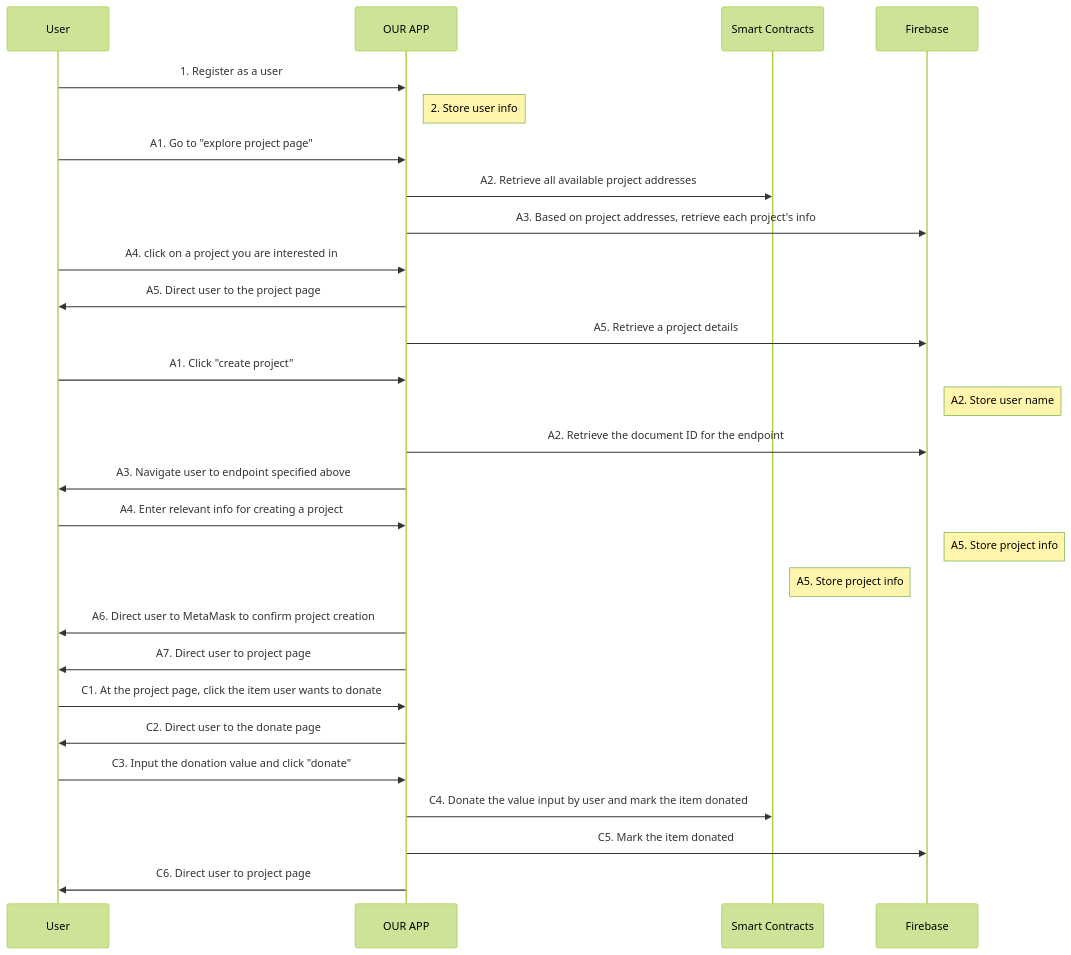
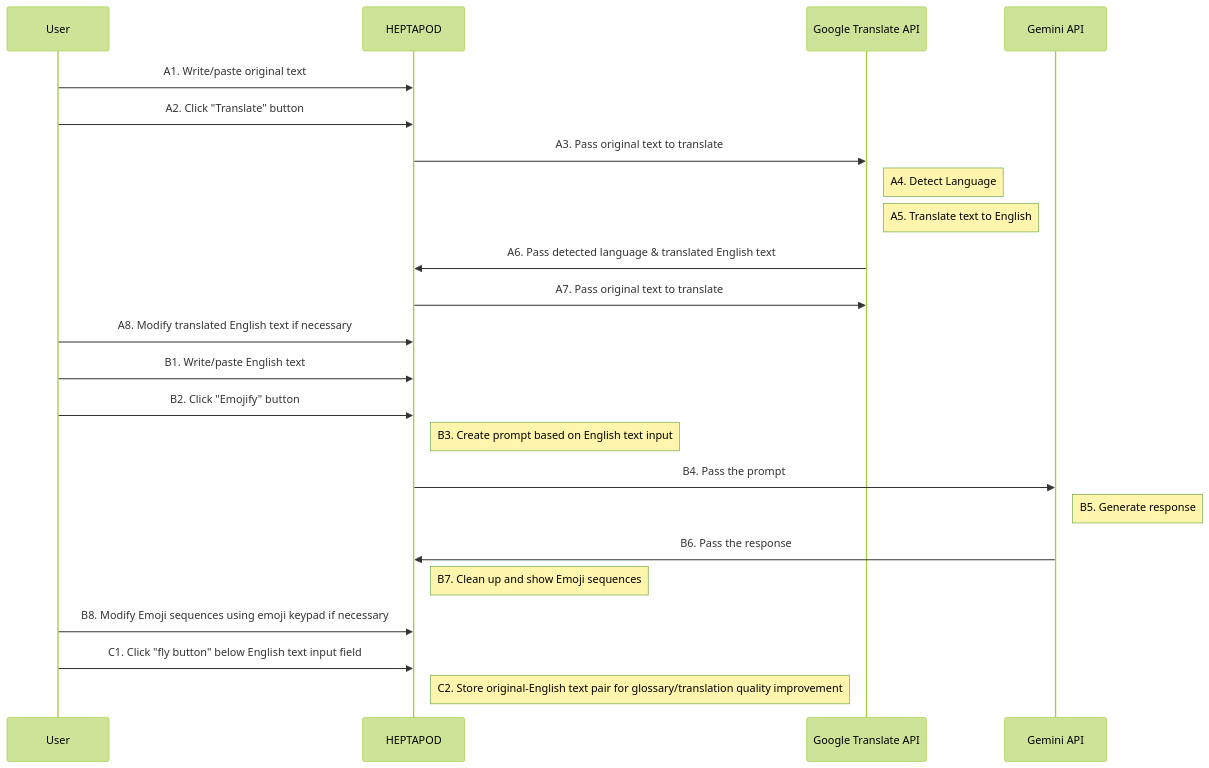
The first of 2 diagrams in README.md (e-yang08/Heptapod), drawn with Mermaid (forest theme) before and after one commit. The commit also changed other lines of this file, not shown here.

````diff
--- a/README.md
+++ b/README.md
@@ -156,47 +108,40 @@
 ```mermaid
 sequenceDiagram
-User->>OUR APP: 1. Register as a user
+User->>HEPTAPOD: A1. Write/paste original text
 
-Note right of OUR APP: 2. Store user info
+User ->>HEPTAPOD: A2. Click "Translate" button
 
-User ->>OUR APP: A1. Go to "explore project page"
+HEPTAPOD ->> Google Translate API: A3. Pass original text to translate
 
-OUR APP ->> Smart Contracts: A2. Retrieve all available project addresses
+Note right of Google Translate API: A4. Detect Language
+Note right of Google Translate API: A5. Translate text to English
 
-OUR APP ->> Firebase: A3. Based on project addresses, retrieve each project's info 
+Google Translate API ->> HEPTAPOD: A6. Pass detected language & translated English text
 
-User ->>OUR APP: A4. click on a project you are interested in
+HEPTAPOD ->> Google Translate API: A7. Pass original text to translate
 
-OUR APP ->> User: A5. Direct user to the project page
+User->>HEPTAPOD: A8. Modify translated English text if necessary
 
-OUR APP ->> Firebase: A5. Retrieve a project details
+User->>HEPTAPOD: B1. Write/paste English text 
 
-User ->>OUR APP: A1. Click "create project"
+User ->>HEPTAPOD: B2. Click "Emojify" button
 
-Note right of Firebase: A2. Store user name
 
-OUR APP ->> Firebase: A2. Retrieve the document ID for the endpoint
+Note right of HEPTAPOD: B3. Create prompt based on English text input
 
-OUR APP ->> User: A3. Navigate user to endpoint specified above
+HEPTAPOD ->> Gemini API: B4. Pass the prompt  
 
-User ->>OUR APP: A4. Enter relevant info for creating a project
+Note right of Gemini API: B5. Generate response
 
-Note right of Firebase: A5. Store project info
-Note right of Smart Contracts: A5. Store project info
+Gemini API ->> HEPTAPOD: B6. Pass the response 
 
-OUR APP ->> User: A6. Direct user to MetaMask to confirm project creation
+Note right of HEPTAPOD: B7. Clean up and show Emoji sequences
 
-OUR APP ->> User: A7. Direct user to project page
+User->>HEPTAPOD: B8. Modify Emoji sequences using emoji keypad if necessary
 
-User ->> OUR APP: C1. At the project page, click the item user wants to donate
 
-OUR APP ->> User: C2. Direct user to the donate page
+User->>HEPTAPOD: C1. Click "fly button" below English text input field
 
-User ->> OUR APP: C3. Input the donation value and click "donate"
+Note right of HEPTAPOD: C2. Store original-English text pair for glossary/translation quality improvement
 
-OUR APP ->> Smart Contracts: C4. Donate the value input by user and mark the item donated
-
-OUR APP ->> Firebase: C5. Mark the item donated
-
-OUR APP ->> User: C6. Direct user to project page
 ```
````
